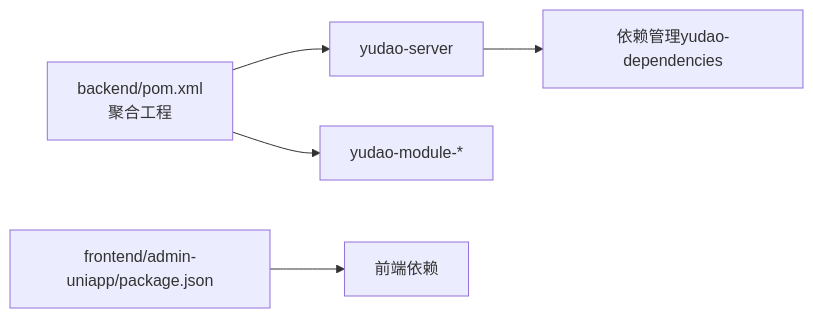
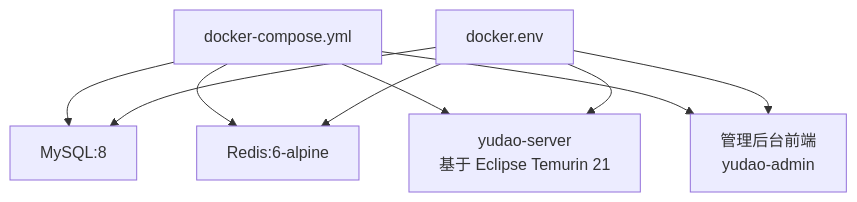
The fourth of 5 diagrams in .qoder/repowiki/zh/content/快速开始.md (zhuangpengLI/AgenticCPS), drawn with Mermaid before and after one commit. The commit also changed other lines of this file and 293 other files, not shown here.

````diff
--- a/.qoder/repowiki/zh/content/快速开始.md
+++ b/.qoder/repowiki/zh/content/快速开始.md
@@ -214,7 +160,11 @@
 ```mermaid
-graph LR
-ROOT_POM["backend/pom.xml<br/>聚合工程"] --> SERVER["yudao-server"]
-ROOT_POM --> MODULES["yudao-module-*"]
-SERVER --> DEPS["依赖管理yudao-dependencies"]
-FE_PKG["frontend/admin-uniapp/package.json"] --> FE_DEPS["前端依赖"]
+graph TB
+DC["docker-compose.yml"] --> MYSQL["MySQL:8"]
+DC --> REDIS["Redis:6-alpine"]
+DC --> SERVER["yudao-server<br/>基于 Eclipse Temurin 21"]
+DC --> ADMIN["管理后台前端<br/>yudao-admin"]
+ENV["docker.env"] --> MYSQL
+ENV --> REDIS
+ENV --> SERVER
+ENV --> ADMIN
 ```
````
